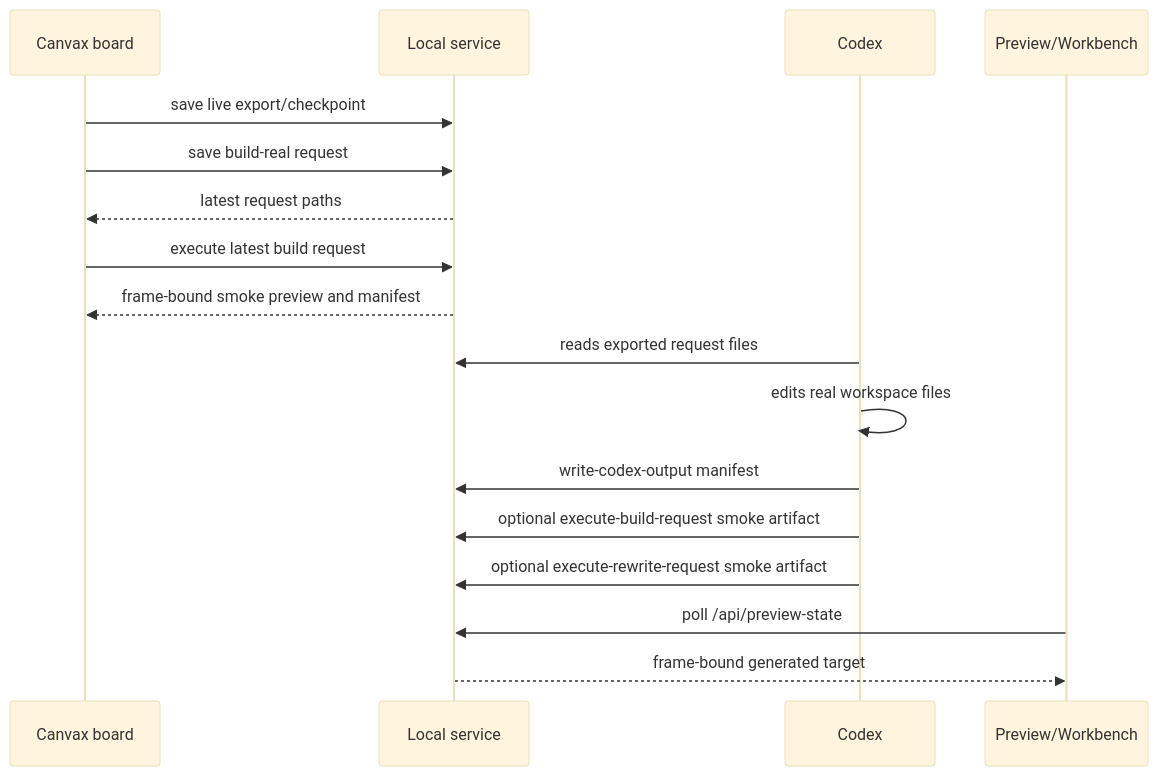
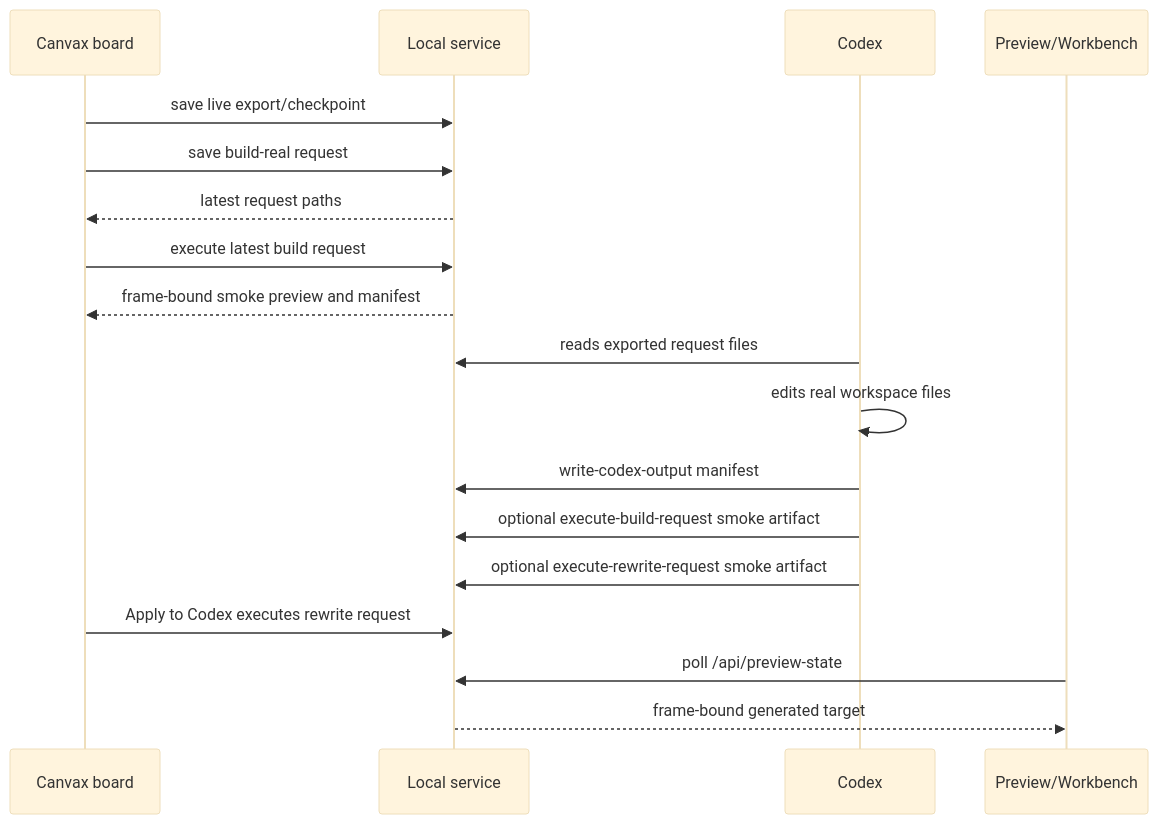
Before and after one commit to varshneydevansh/Canvax: the fourth of 5 diagrams in docs/DEVELOPMENT.md, drawn with Mermaid (base theme). The commit also changed other lines of this file and 10 other files, not shown here.

Commit message:
feat: execute rewrite requests from board

````diff
--- a/docs/DEVELOPMENT.md
+++ b/docs/DEVELOPMENT.md
@@ -225,20 +226,21 @@
 ```mermaid
 sequenceDiagram
     participant Board as Canvax board
     participant Service as Local service
     participant Codex as Codex
     participant Preview as Preview/Workbench
 
     Board->>Service: save live export/checkpoint
     Board->>Service: save build-real request
     Service-->>Board: latest request paths
     Board->>Service: execute latest build request
     Service-->>Board: frame-bound smoke preview and manifest
     Codex->>Service: reads exported request files
     Codex->>Codex: edits real workspace files
     Codex->>Service: write-codex-output manifest
     Codex->>Service: optional execute-build-request smoke artifact
     Codex->>Service: optional execute-rewrite-request smoke artifact
+    Board->>Service: Apply to Codex executes rewrite request
     Preview->>Service: poll /api/preview-state
     Service-->>Preview: frame-bound generated target
 ```
````
